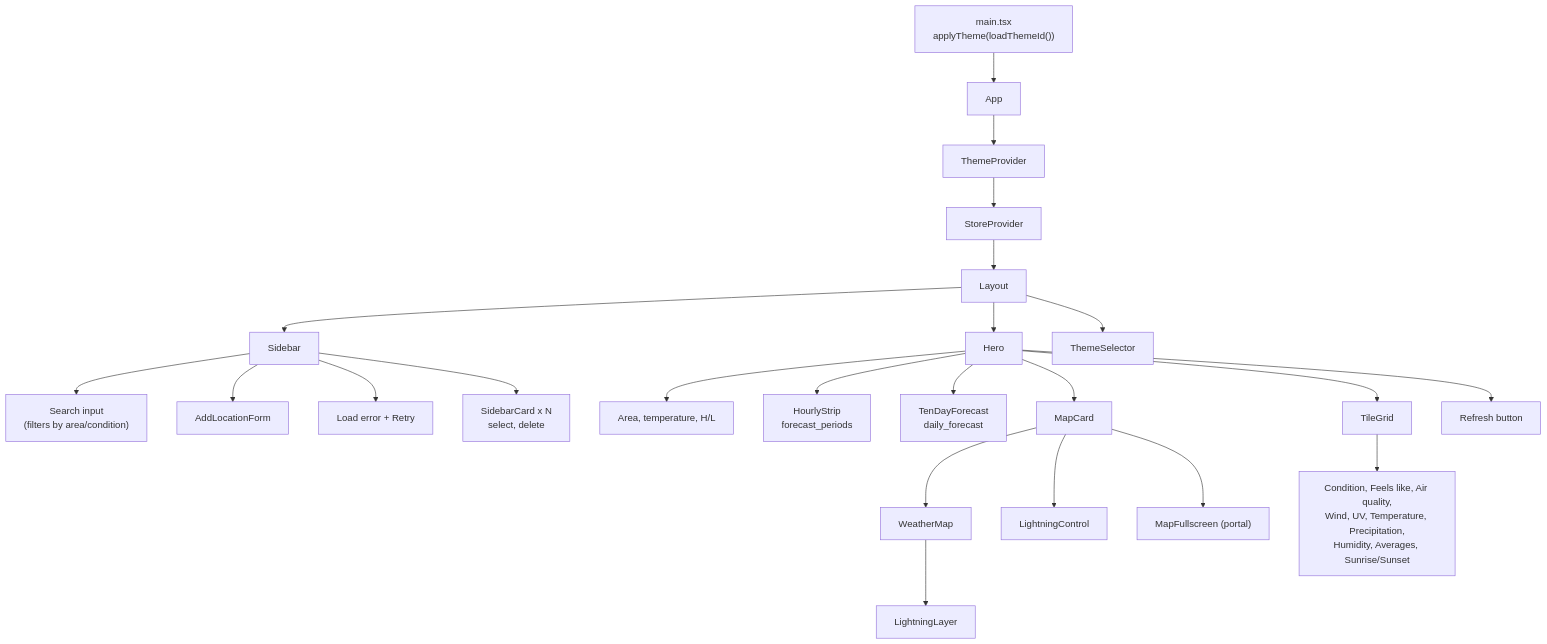
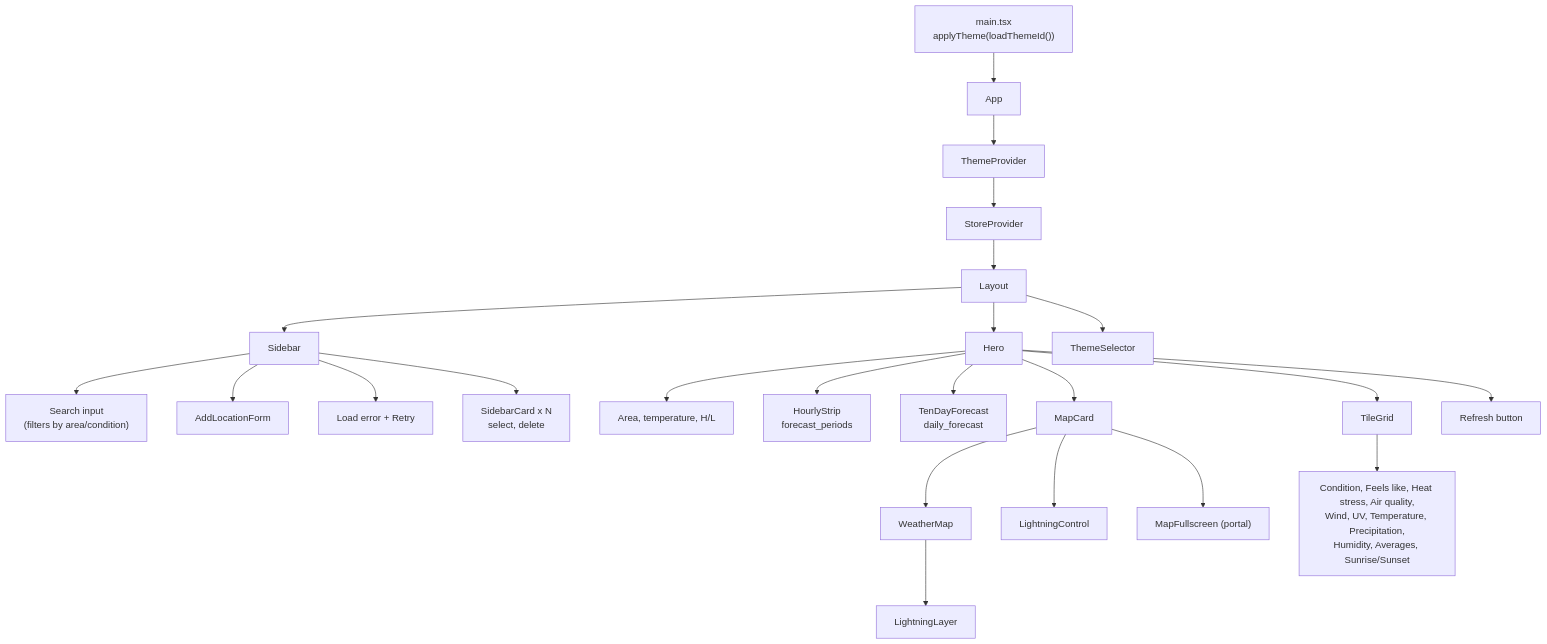
One commit to chuan77/AIxTech-SG-Weather changed the first of 2 diagrams in docs/src/content/docs/frontend/overview.md. Above: the diagram before and after it, drawn with Mermaid. The commit also changed 42 other files, not shown here.

First line of the commit message:
feat: add NEA WBGT heat-stress tile with paced provider requests

````diff
--- a/docs/src/content/docs/frontend/overview.md
+++ b/docs/src/content/docs/frontend/overview.md
@@ -12,28 +12,28 @@
 ```mermaid
 flowchart TD
   main["main.tsx<br/>applyTheme(loadThemeId())"] --> App
   App --> ThemeProvider --> StoreProvider --> Layout
 
   Layout --> Sidebar
   Layout --> Hero
   Layout --> ThemeSelector
 
   Sidebar --> Search["Search input<br/>(filters by area/condition)"]
   Sidebar --> AddLocationForm
   Sidebar --> LoadError["Load error + Retry"]
   Sidebar --> SidebarCard["SidebarCard x N<br/>select, delete"]
 
   Hero --> Header["Area, temperature, H/L"]
   Hero --> HourlyStrip["HourlyStrip<br/>forecast_periods"]
   Hero --> TenDayForecast["TenDayForecast<br/>daily_forecast"]
   Hero --> MapCard
   Hero --> TileGrid
   Hero --> RefreshBtn["Refresh button"]
 
   MapCard --> WeatherMap
   MapCard --> LightningControl
   MapCard --> MapFullscreen["MapFullscreen (portal)"]
   WeatherMap --> LightningLayer
 
-  TileGrid --> Tiles["Condition, Feels like, Air quality,<br/>Wind, UV, Temperature, Precipitation,<br/>Humidity, Averages, Sunrise/Sunset"]
+  TileGrid --> Tiles["Condition, Feels like, Heat stress, Air quality,<br/>Wind, UV, Temperature, Precipitation,<br/>Humidity, Averages, Sunrise/Sunset"]
 ```
````
